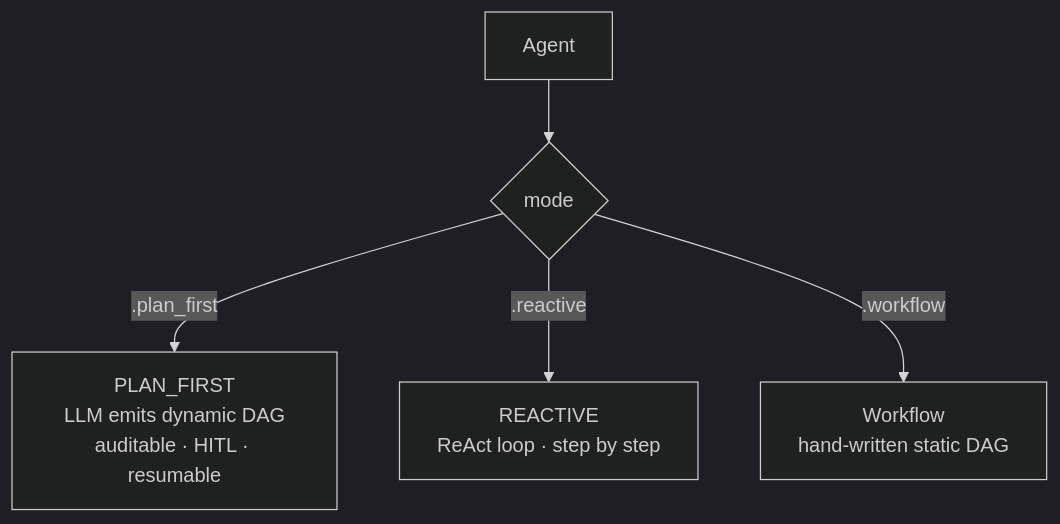
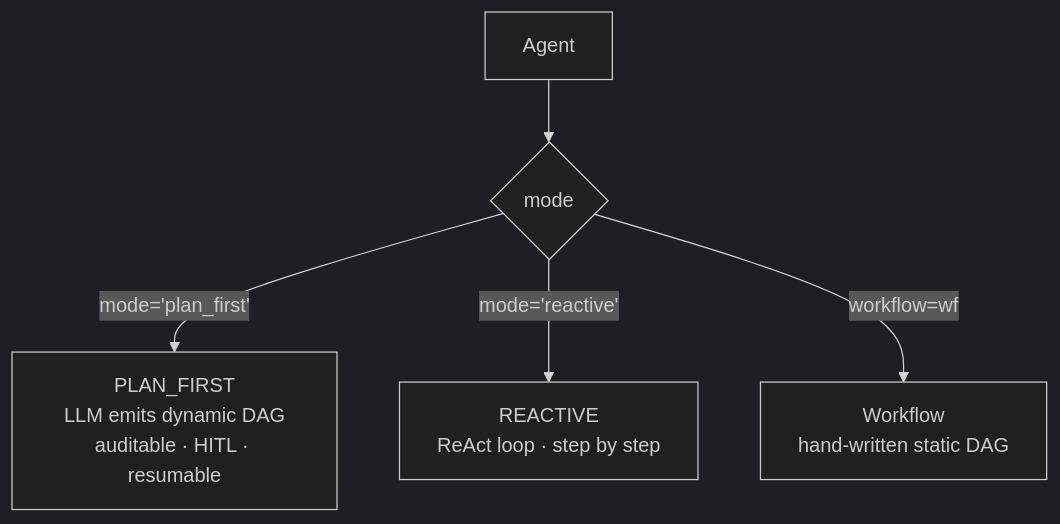
One commit to limenagent/prodagent changed the first of 3 diagrams in README.en.md. Above: the diagram before and after it, drawn with Mermaid (dark theme). The commit also changed other lines of this file and 54 other files, not shown here.

````diff
--- a/README.en.md
+++ b/README.en.md
@@ -165,7 +163,7 @@
 ```mermaid
 graph TD
     A[Agent] --> M{mode}
-    M -->|.plan_first| PF[PLAN_FIRST<br/>LLM emits dynamic DAG<br/>auditable · HITL · resumable]
-    M -->|.reactive| RV[REACTIVE<br/>ReAct loop · step by step]
-    M -->|.workflow| WF[Workflow<br/>hand-written static DAG]
+    M -->|mode='plan_first'| PF[PLAN_FIRST<br/>LLM emits dynamic DAG<br/>auditable · HITL · resumable]
+    M -->|mode='reactive'| RV[REACTIVE<br/>ReAct loop · step by step]
+    M -->|workflow=wf| WF[Workflow<br/>hand-written static DAG]
 ```
````
